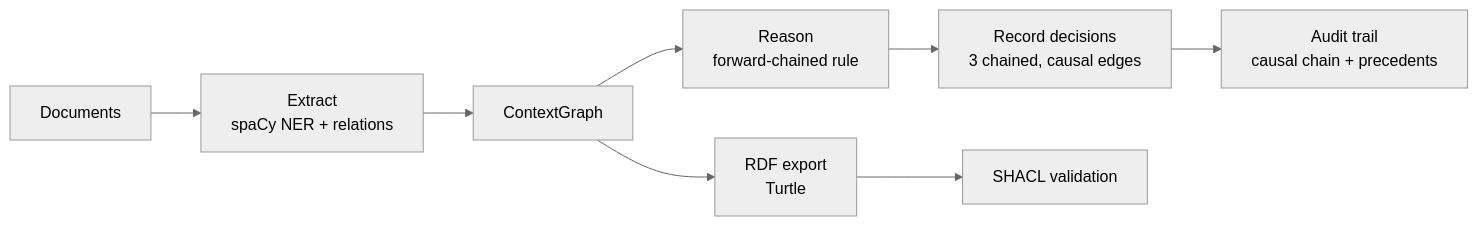
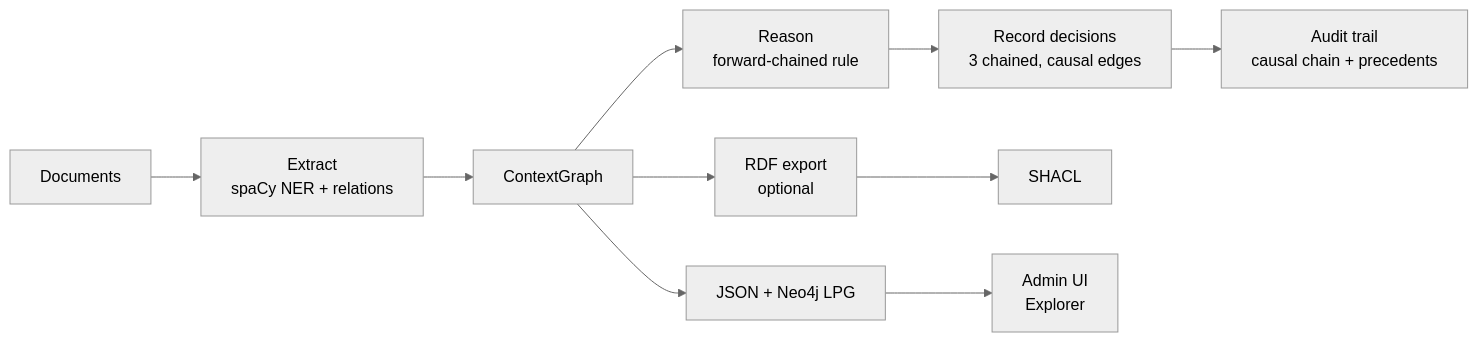
One commit to fanqingsong/accountable-lending changed the diagram in README.md. Above: the diagram before and after it, drawn with Mermaid (neutral theme). The commit also changed other lines of this file and 36 other files, not shown here.

First line of the commit message:
feat: add Explorer admin, GraphRAG, and Docker stack

````diff
--- a/README.md
+++ b/README.md
@@ -20,10 +20,12 @@
 ```mermaid
 flowchart LR
     A[Documents] --> B[Extract<br/>spaCy NER + relations]
     B --> C[ContextGraph]
     C --> D[Reason<br/>forward-chained rule]
     D --> E[Record decisions<br/>3 chained, causal edges]
     E --> F[Audit trail<br/>causal chain + precedents]
-    C --> G[RDF export<br/>Turtle]
-    G --> H[SHACL validation]
+    C --> G[JSON + Neo4j LPG]
+    C --> H[RDF export<br/>optional]
+    H --> I[SHACL]
+    G --> J[Admin UI<br/>Explorer]
 ```
````
